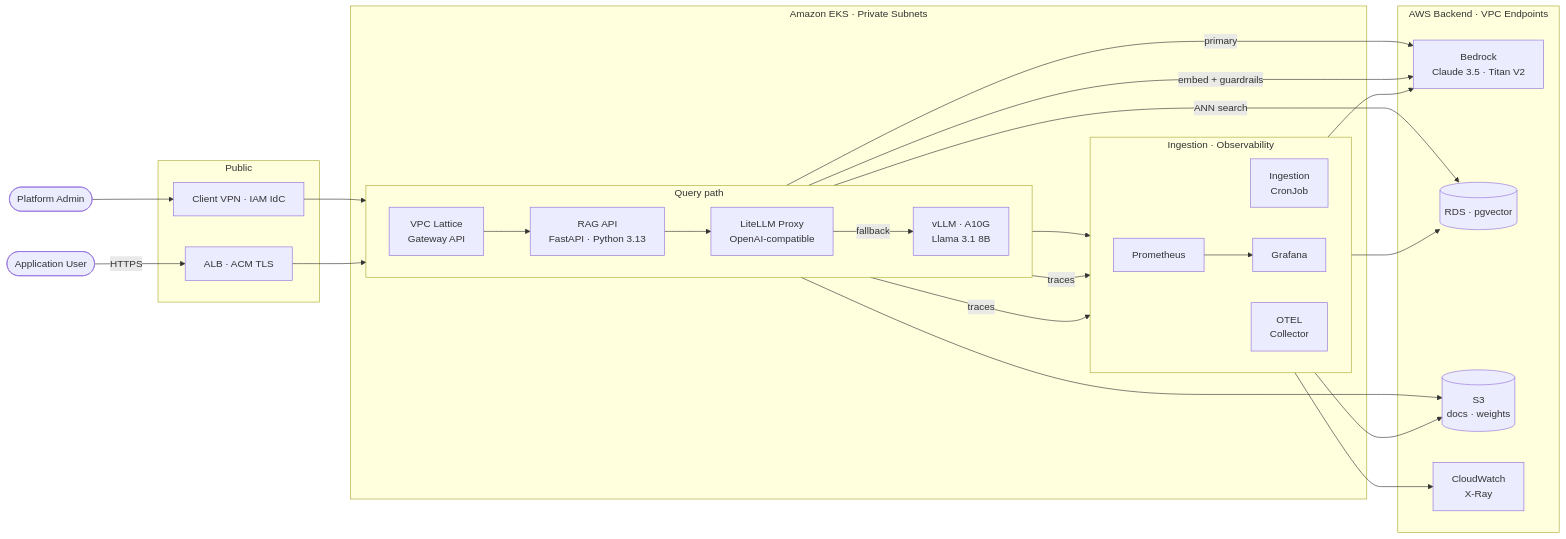
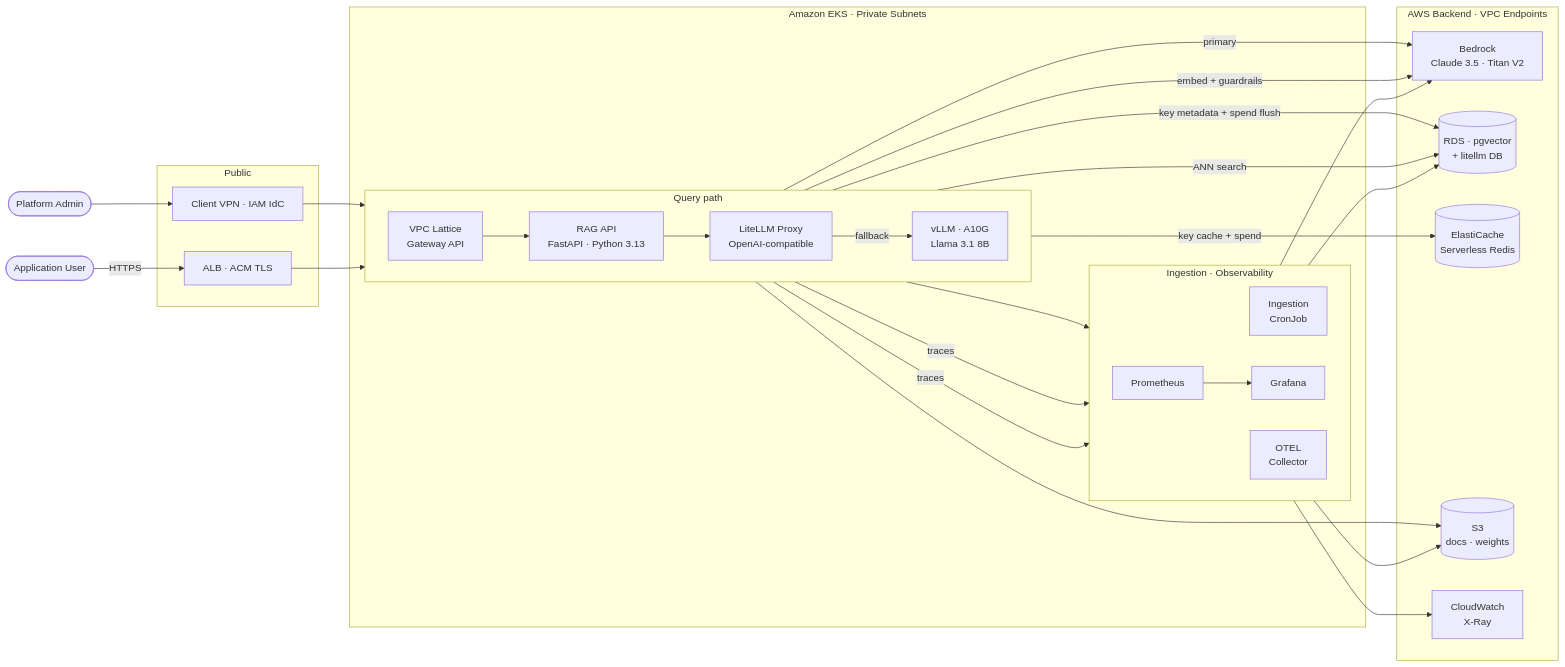
One commit to girishn/rag-platform-eks changed the diagram in docs/architecture/02-container-diagram.md. Above: the diagram before and after it, drawn with Mermaid. The commit also changed 4 other files, not shown here.

First line of the commit message:
Update documentation to reflect LiteLLM enhancements and ElastiCache integration

````diff
--- a/docs/architecture/02-container-diagram.md
+++ b/docs/architecture/02-container-diagram.md
@@ -14,63 +14,66 @@
 ```mermaid
 flowchart LR
     User([Application User])
     Admin([Platform Admin])
 
     subgraph pub["Public"]
         ALB[ALB · ACM TLS]
         VPN[Client VPN · IAM IdC]
     end
 
     subgraph eks["Amazon EKS · Private Subnets"]
         subgraph qpath["Query path"]
             direction LR
             Lattice[VPC Lattice\nGateway API]
             RAG[RAG API\nFastAPI · Python 3.13]
             LiteLLM[LiteLLM Proxy\nOpenAI-compatible]
             vLLM[vLLM · A10G\nLlama 3.1 8B]
         end
 
         subgraph opspath["Ingestion · Observability"]
             direction LR
             Ingest[Ingestion\nCronJob]
             OTEL[OTEL\nCollector]
             Prom[Prometheus]
             Graf[Grafana]
         end
     end
 
     subgraph aws["AWS Backend · VPC Endpoints"]
         Bedrock[Bedrock\nClaude 3.5 · Titan V2]
-        RDS[(RDS · pgvector)]
+        RDS[(RDS · pgvector\n+ litellm DB)]
+        Redis[(ElastiCache\nServerless Redis)]
         S3[(S3\ndocs · weights)]
         CW[CloudWatch\nX-Ray]
     end
 
     %% Ingress
     User -->|HTTPS| ALB
     Admin --> VPN
     ALB & VPN --> Lattice
 
     %% Query path
     Lattice --> RAG
     RAG --> LiteLLM
     RAG -->|embed + guardrails| Bedrock
     RAG -->|ANN search| RDS
     RAG -->|traces| OTEL
     LiteLLM -->|primary| Bedrock
     LiteLLM -->|fallback| vLLM
+    LiteLLM -->|key cache + spend| Redis
+    LiteLLM -->|key metadata + spend flush| RDS
     LiteLLM -->|traces| OTEL
 
     %% Admin observability access
     Lattice --> Graf
 
     %% Observability outputs
     OTEL --> CW
     Prom --> Graf
 
     %% Ingestion pipeline
     Ingest --> S3 & Bedrock & RDS
 
     %% vLLM model weights
     vLLM --> S3
 ```
````
